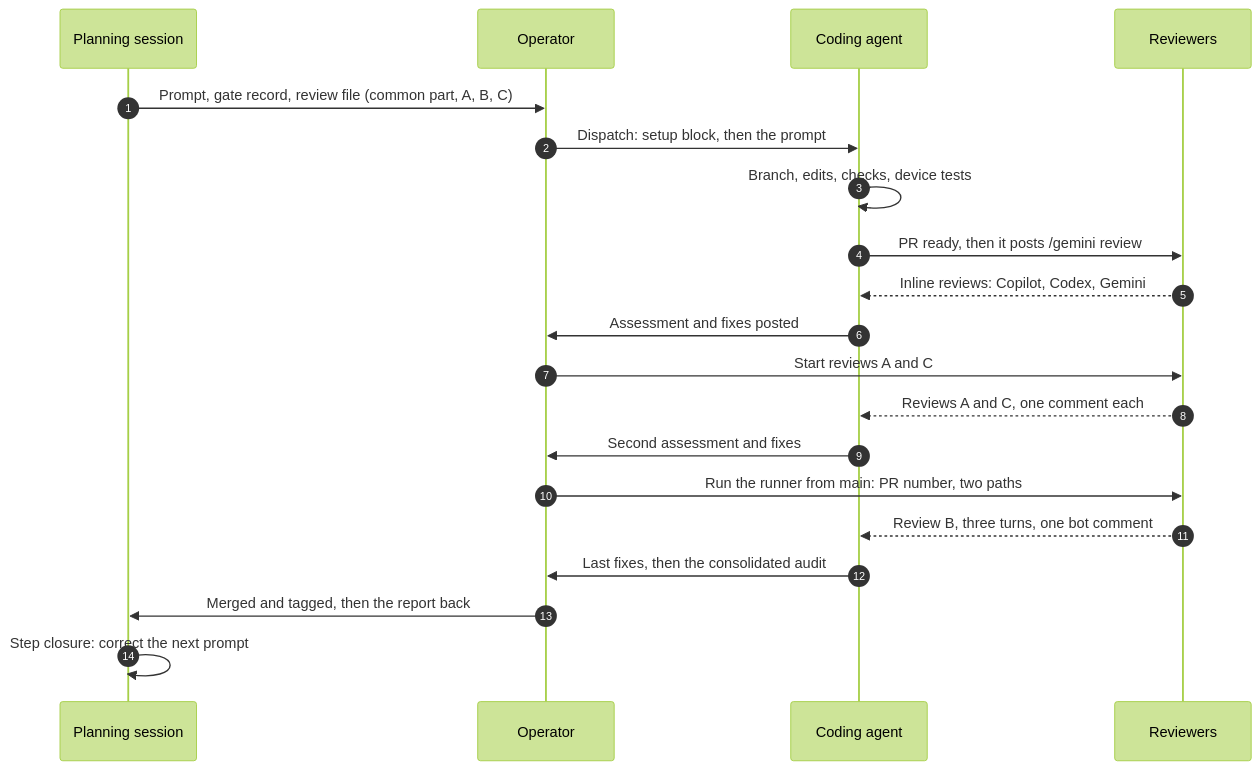
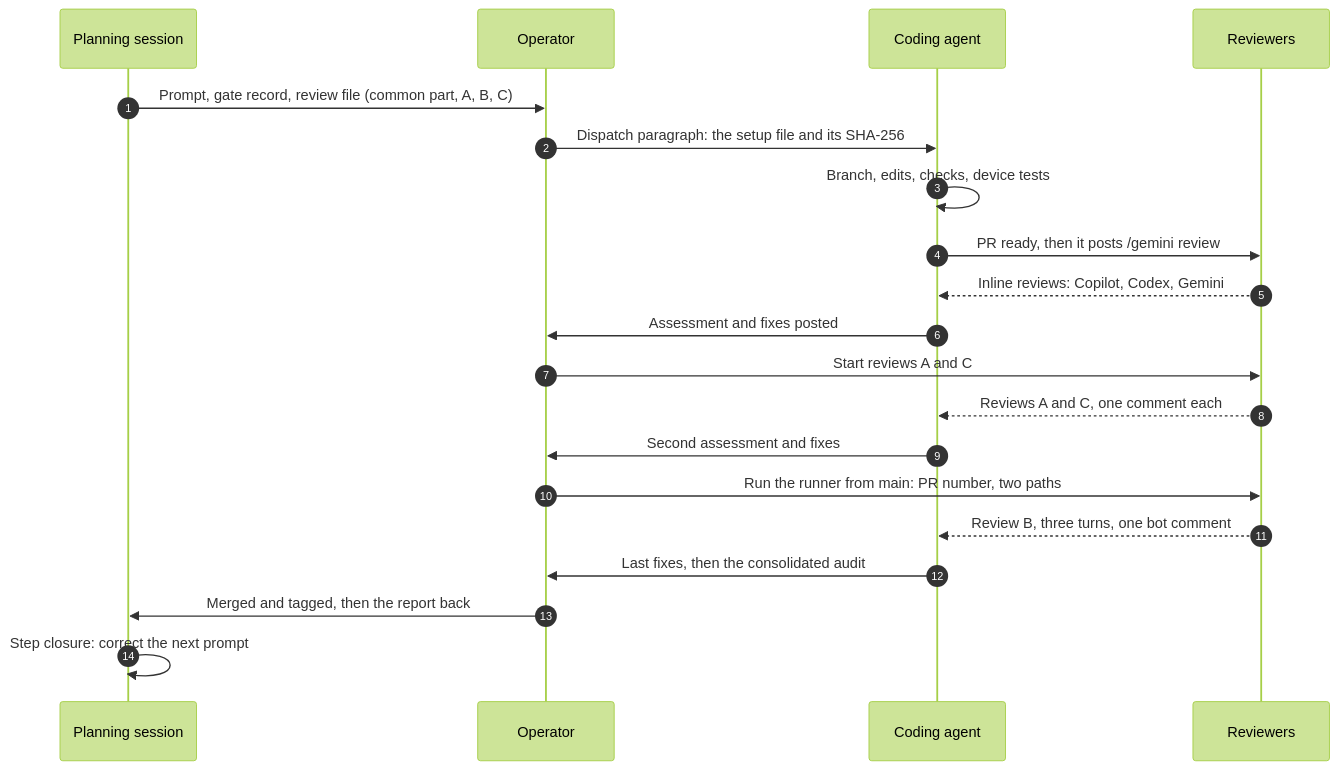
The diagram in Docs/plan-of-record.md (GCV-Sleeper-Service/ESP32-GW-multi-sensor), drawn with Mermaid (forest theme) before and after one commit. The commit also changed other lines of this file and 14 other files, not shown here.

````diff
--- a/Docs/plan-of-record.md
+++ b/Docs/plan-of-record.md
@@ -273,22 +282,22 @@
 ```mermaid
 sequenceDiagram
     autonumber
     participant P as Planning session
     participant Y as Operator
     participant A as Coding agent
     participant R as Reviewers
     P->>Y: Prompt, gate record, review file (common part, A, B, C)
-    Y->>A: Dispatch: setup block, then the prompt
+    Y->>A: Dispatch paragraph: the setup file and its SHA-256
     A->>A: Branch, edits, checks, device tests
     A->>R: PR ready, then it posts /gemini review
     R-->>A: Inline reviews: Copilot, Codex, Gemini
     A->>Y: Assessment and fixes posted
     Y->>R: Start reviews A and C
     R-->>A: Reviews A and C, one comment each
     A->>Y: Second assessment and fixes
     Y->>R: Run the runner from main: PR number, two paths
     R-->>A: Review B, three turns, one bot comment
     A->>Y: Last fixes, then the consolidated audit
     Y->>P: Merged and tagged, then the report back
     P->>P: Step closure: correct the next prompt
 ```
````
